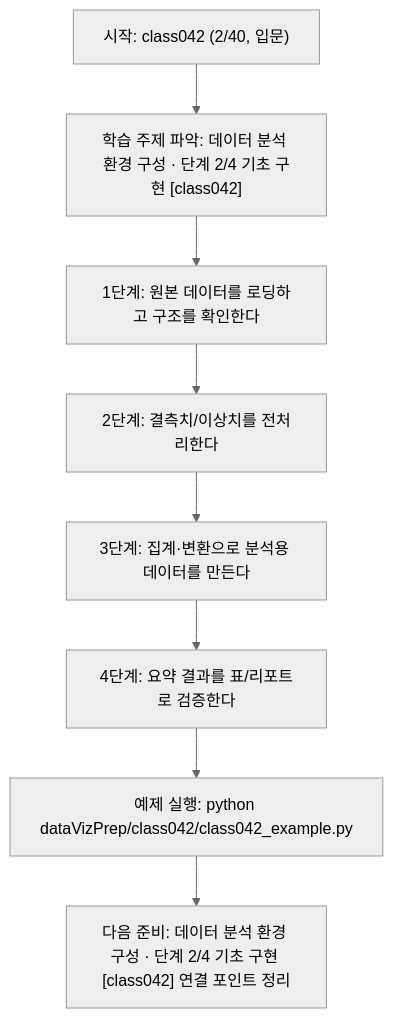
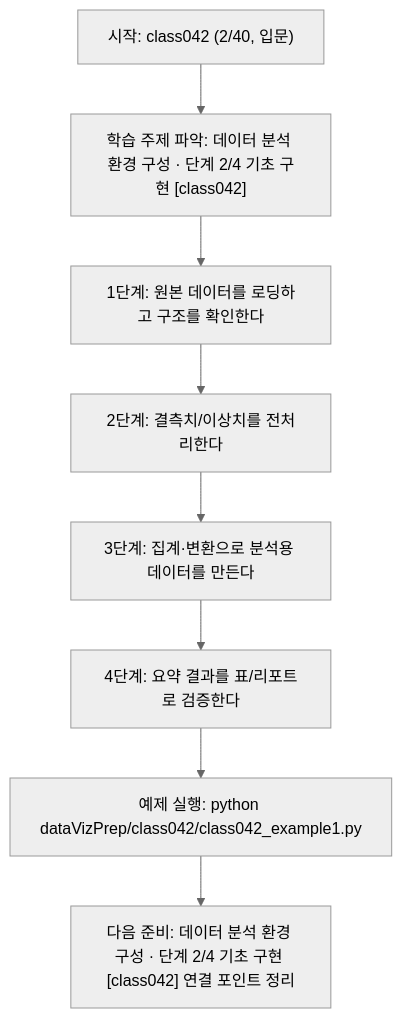
Before and after one commit to edumgt/Python-AI_Agent-Class: the diagram in dataVizPrep/class042/class042.md, drawn with Mermaid (neutral theme). The commit also changed other lines of this file and 2959 other files, not shown here.

````diff
--- a/dataVizPrep/class042/class042.md
+++ b/dataVizPrep/class042/class042.md
@@ -112,18 +112,18 @@
 ```mermaid
 flowchart TD
 N1["시작: class042 (2/40, 입문)"]
 N2["학습 주제 파악: 데이터 분석 환경 구성 · 단계 2/4 기초 구현 [class042]"]
 N3["1단계: 원본 데이터를 로딩하고 구조를 확인한다"]
 N4["2단계: 결측치/이상치를 전처리한다"]
 N5["3단계: 집계·변환으로 분석용 데이터를 만든다"]
 N6["4단계: 요약 결과를 표/리포트로 검증한다"]
-N7["예제 실행: python dataVizPrep/class042/class042_example.py"]
+N7["예제 실행: python dataVizPrep/class042/class042_example1.py"]
 N8["다음 준비: 데이터 분석 환경 구성 · 단계 2/4 기초 구현 [class042] 연결 포인트 정리"]
 N1 --> N2
 N2 --> N3
 N3 --> N4
 N4 --> N5
 N5 --> N6
 N6 --> N7
 N7 --> N8
 ```
````
